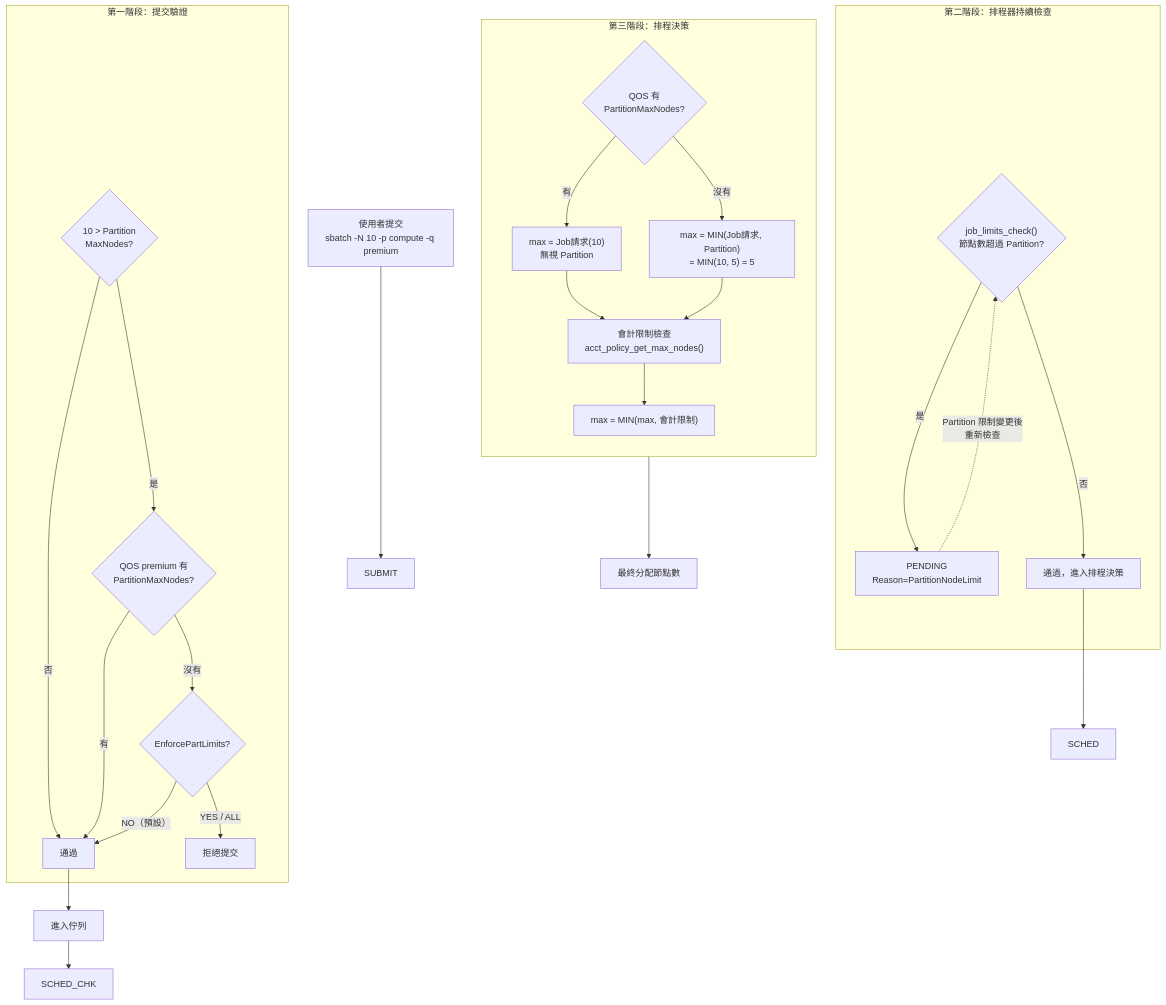
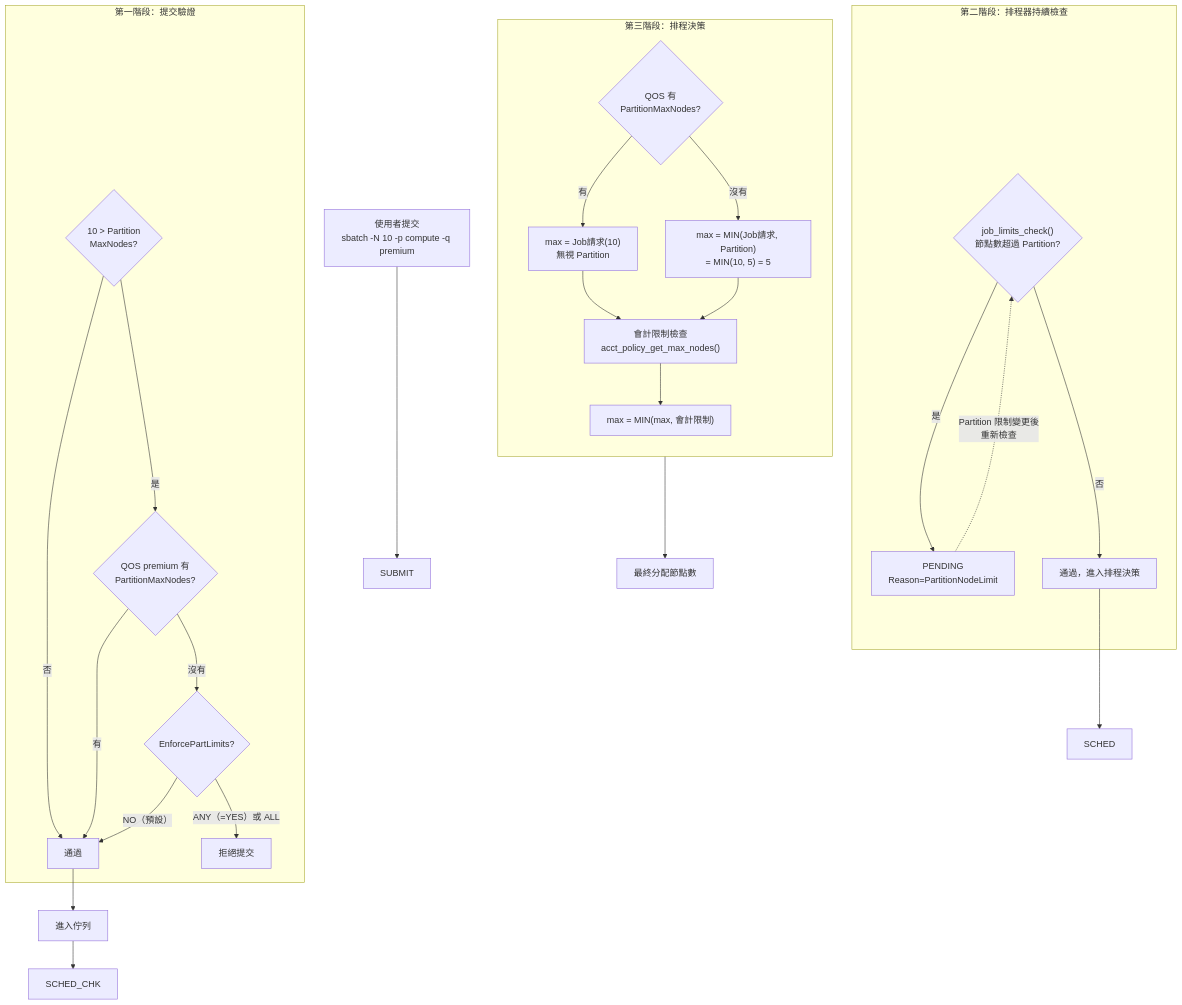
One commit to pichiu/slurm changed the sixth of 7 diagrams in _bmad-output/technical-reference/internals/slurm-qos-partition-node-limits.md. Above: the diagram before and after it, drawn with Mermaid. The commit also changed other lines of this file, not shown here.

First line of the commit message:
docs: add EnforcePartLimits ANY vs ALL and DenyOnLimit analysis

````diff
--- a/_bmad-output/technical-reference/internals/slurm-qos-partition-node-limits.md
+++ b/_bmad-output/technical-reference/internals/slurm-qos-partition-node-limits.md
@@ -323,41 +545,41 @@
 ```mermaid
 flowchart TD
     USER["使用者提交\nsbatch -N 10 -p compute -q premium"] --> SUBMIT
 
     subgraph submit_phase["第一階段：提交驗證"]
         S1{"10 > Partition\nMaxNodes?"}
         S1 -->|否| S_PASS["通過"]
         S1 -->|是| S2{"QOS premium 有\nPartitionMaxNodes?"}
         S2 -->|有| S_PASS
         S2 -->|沒有| S3{"EnforcePartLimits?"}
-        S3 -->|"YES / ALL"| S_REJECT["拒絕提交"]
+        S3 -->|"ANY（=YES）或 ALL"| S_REJECT["拒絕提交"]
         S3 -->|"NO（預設）"| S_PASS
     end
 
     S_PASS --> QUEUE["進入佇列"]
     QUEUE --> SCHED_CHK
 
     subgraph sched_check_phase["第二階段：排程器持續檢查"]
         SC1{"job_limits_check()\n節點數超過 Partition?"}
         SC1 -->|是| SC_PEND["PENDING\nReason=PartitionNodeLimit"]
         SC1 -->|否| SC_PASS["通過，進入排程決策"]
     end
 
     SC_PASS --> SCHED
 
     subgraph sched_phase["第三階段：排程決策"]
         direction TB
         G1{"QOS 有\nPartitionMaxNodes?"}
         G1 -->|有| G_OVERRIDE["max = Job請求(10)\n無視 Partition"]
         G1 -->|沒有| G_DEFAULT["max = MIN(Job請求, Partition)\n= MIN(10, 5) = 5"]
 
         G_OVERRIDE --> G_ACCT
         G_DEFAULT --> G_ACCT
 
         G_ACCT["會計限制檢查\nacct_policy_get_max_nodes()"]
         G_ACCT --> G_FINAL["max = MIN(max, 會計限制)"]
     end
 
     G_FINAL --> RESULT["最終分配節點數"]
     SC_PEND -.->|"Partition 限制變更後\n重新檢查"| SC1
 ```
````
